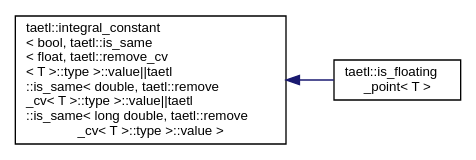
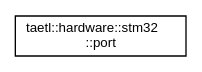
The diagram in inherit_graph_10.dot (tobanteAudio/taetl), drawn with Graphviz before and after one commit. The commit also changed 155 other files, not shown here.

```diff
--- a/inherit_graph_10.dot
+++ b/inherit_graph_10.dot
@@ -1,9 +1,7 @@
 digraph "Graphical Class Hierarchy"
 {
   edge [fontname="Helvetica",fontsize="10",labelfontname="Helvetica",labelfontsize="10"];
   node [fontname="Helvetica",fontsize="10",shape=record];
   rankdir="LR";
-  Node0 [label="taetl::integral_constant\l\< bool, taetl::is_same\l\< float, taetl::remove_cv\l\< T \>::type \>::value\|\|taetl\l::is_same\< double, taetl::remove\l_cv\< T \>::type \>::value\|\|taetl\l::is_same\< long double, taetl::remove\l_cv\< T \>::type \>::value \>",height=0.2,width=0.4,color="black", fillcolor="white", style="filled",URL="$structtaetl_1_1integral__constant.html"];
-  Node0 -> Node1 [dir="back",color="midnightblue",fontsize="10",style="solid",fontname="Helvetica"];
-  Node1 [label="taetl::is_floating\l_point\< T \>",height=0.2,width=0.4,color="black", fillcolor="white", style="filled",URL="$structtaetl_1_1is__floating__point.html"];
+  Node0 [label="taetl::hardware::stm32\l::port",height=0.2,width=0.4,color="black", fillcolor="white", style="filled",URL="$structtaetl_1_1hardware_1_1stm32_1_1port.html"];
 }
```
